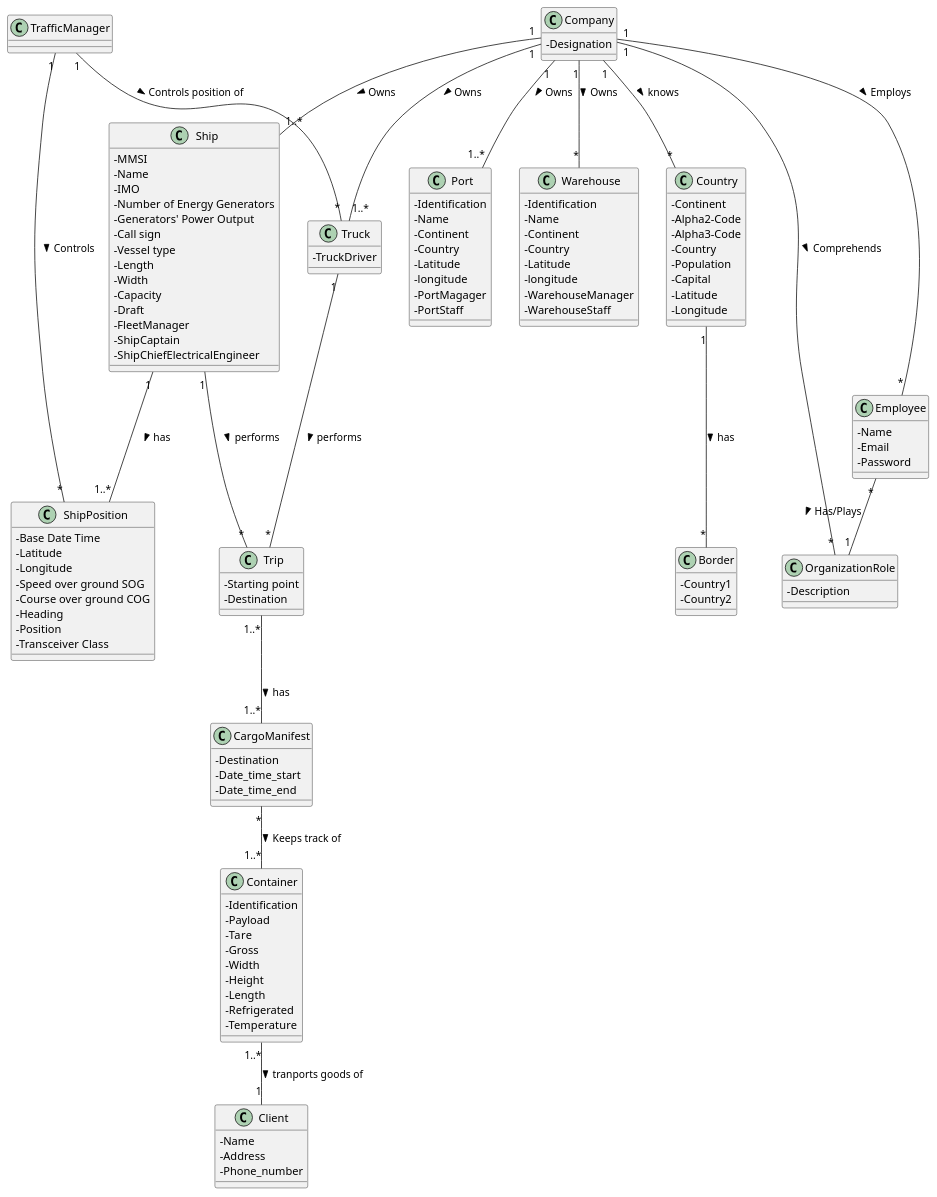
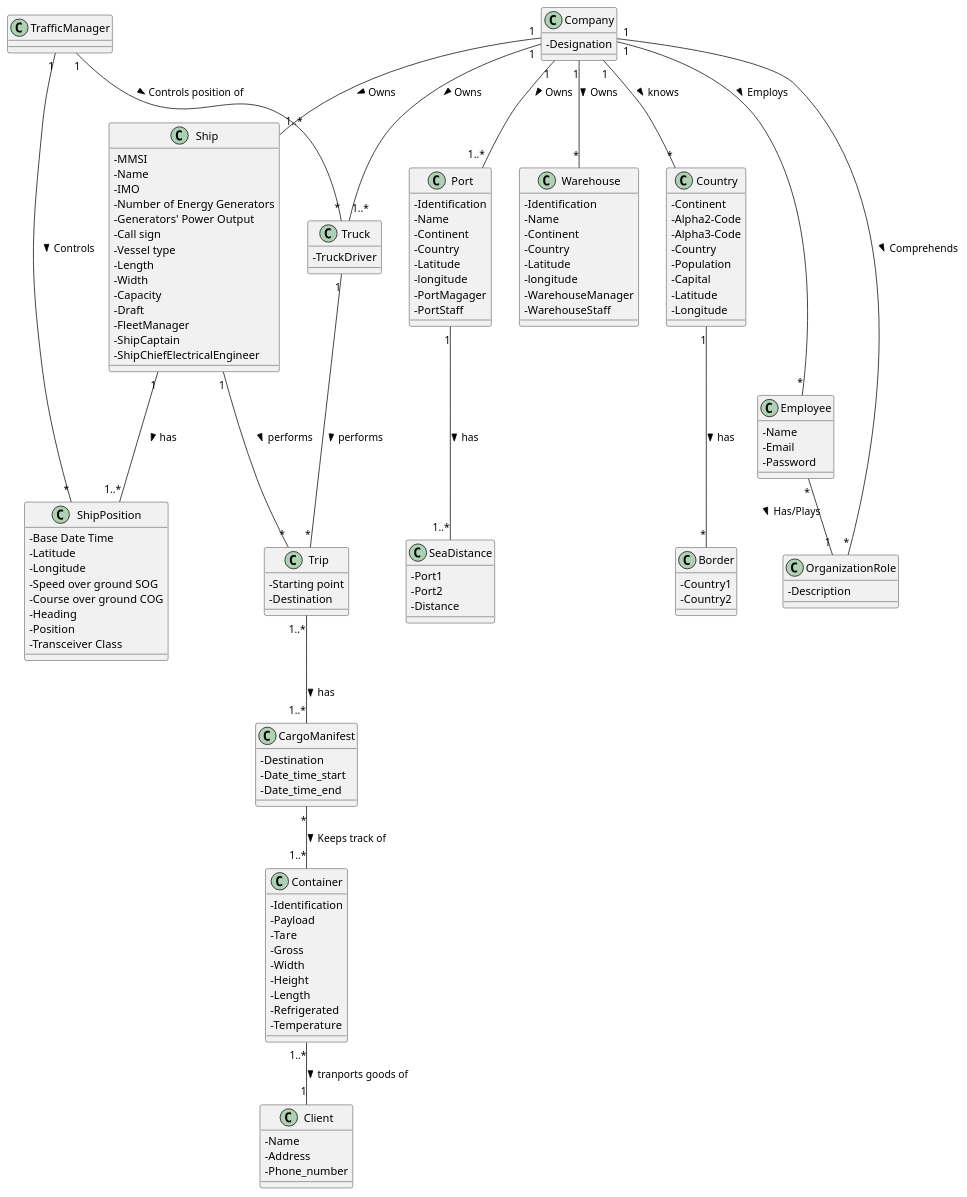
Before and after one commit to 1190772/LAB-Project-3: the diagram in docs/Sprint 3/Domain Model/Domain Model.puml, drawn with PlantUML. The commit also changed 11 other files, not shown here.

```diff
--- a/docs/Sprint 3/Domain Model/Domain Model.puml
+++ b/docs/Sprint 3/Domain Model/Domain Model.puml
@@ -1,140 +1,147 @@
 @startuml
 'https://plantuml.com/class-diagram
 
 skinparam classAttributeIconSize 0
 
 class Company {
 -Designation
 }
 
 class Container {
 -Identification
 -Payload
 -Tare
 -Gross
 -Width
 -Height
 -Length
 -Refrigerated
 -Temperature
 }
 
 class Ship {
 -MMSI
 -Name
 -IMO
 -Number of Energy Generators
 -Generators' Power Output
 -Call sign
 -Vessel type
 -Length
 -Width
 -Capacity
 -Draft
 -FleetManager
 -ShipCaptain
 -ShipChiefElectricalEngineer
 }
 
 class ShipPosition {
 -Base Date Time
 -Latitude
 -Longitude
 -Speed over ground SOG
 -Course over ground COG
 -Heading
 -Position
 -Transceiver Class
 }
 
 class Truck {
 -TruckDriver
 }
 
 class Client {
 -Name
 -Address
 -Phone_number
 }
 
 class Port {
 -Identification
 -Name
 -Continent
 -Country
 -Latitude
 -longitude
 -PortMagager
 -PortStaff
 }
 
+class SeaDistance {
+-Port1
+-Port2
+-Distance
+}
+
 class Warehouse {
 -Identification
 -Name
 -Continent
 -Country
 -Latitude
 -longitude
 -WarehouseManager
 -WarehouseStaff
 }
 
 class Employee {
 -Name
 -Email
 -Password
 }
 
 class OrganizationRole {
 -Description
 }
 
 class TrafficManager
 
 class CargoManifest {
 -Destination
 -Date_time_start
 -Date_time_end
 }
 
 class Trip {
 -Starting point
 -Destination
 }
 
 class Country {
 -Continent
 -Alpha2-Code
 -Alpha3-Code
 -Country
 -Population
 -Capital
 -Latitude
 -Longitude
 }
 
 class Border {
 -Country1
 -Country2
 }
 
 Company "1" -- "1..*" Ship : Owns >
 Company "1" -- "1..*" Truck : Owns >
 Company "1" -- "1..*" Port : Owns >
 Company "1" -- "*" Warehouse : Owns >
 Company "1" -- "*" Employee : Employs >
 Company "1" --- "*" OrganizationRole : Comprehends >
 Company "1" -- "*" Country : knows >
 Employee "*" - "1" OrganizationRole : Has/Plays >
 Ship "1" -- "*" Trip : performs >
 Trip "1..*" -- "1..*" CargoManifest : has >
 Ship "1" -- "1..*" ShipPosition : has >
 TrafficManager "1" - "*" ShipPosition : Controls >
 TrafficManager "1" -- "*" Truck : Controls position of >
 Truck "1" -- "*" Trip : performs >
 CargoManifest "*" -- "1..*" Container : Keeps track of >
 Container "1..*" -- "1" Client : tranports goods of >
 Country "1" -- "*" Border : has >
+Port "1" -- "1..*" SeaDistance : has >
 
 
 @enduml
```
